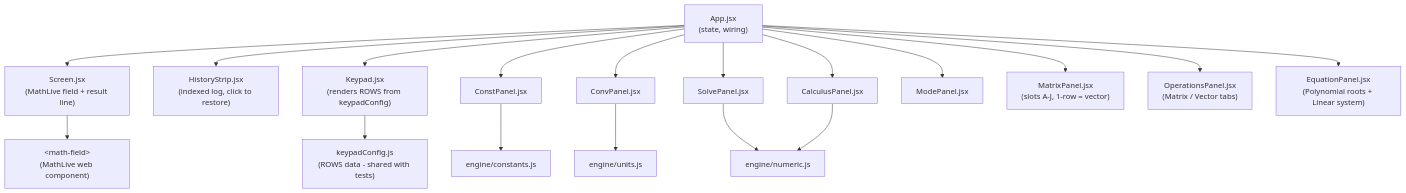
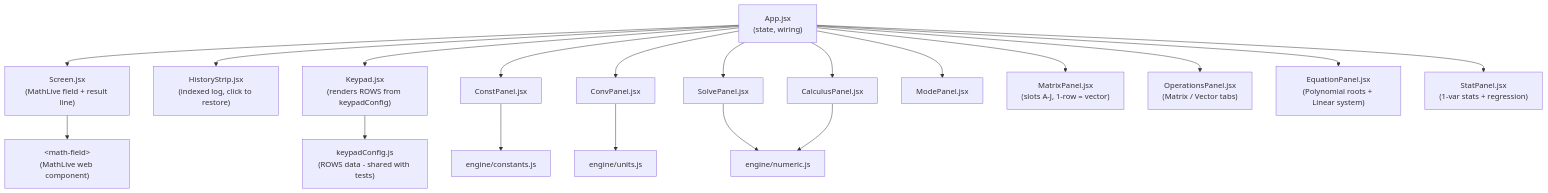
The first of 3 diagrams in docs/architecture.md (sreenikh/scientific-calculator), drawn with Mermaid before and after one commit. The commit also changed other lines of this file and 9 other files, not shown here.

First line of the commit message:
Add Statistics mode: 1-variable stats and regression

````diff
--- a/docs/architecture.md
+++ b/docs/architecture.md
@@ -16,25 +16,26 @@
 ```mermaid
 graph TD
     App["App.jsx\n(state, wiring)"]
 
     App --> Screen["Screen.jsx\n(MathLive field + result line)"]
     App --> HS["HistoryStrip.jsx\n(indexed log, click to restore)"]
     App --> Keypad["Keypad.jsx\n(renders ROWS from keypadConfig)"]
     App --> CP["ConstPanel.jsx"]
     App --> CV["ConvPanel.jsx"]
     App --> SP["SolvePanel.jsx"]
     App --> CA["CalculusPanel.jsx"]
     App --> MP["ModePanel.jsx"]
     App --> MAT["MatrixPanel.jsx\n(slots A-J, 1-row = vector)"]
     App --> OP["OperationsPanel.jsx\n(Matrix / Vector tabs)"]
     App --> EQ["EquationPanel.jsx\n(Polynomial roots + Linear system)"]
+    App --> ST["StatPanel.jsx\n(1-var stats + regression)"]
 
     Screen --> MF["&lt;math-field&gt;\n(MathLive web component)"]
 
     Keypad --> KC["keypadConfig.js\n(ROWS data - shared with tests)"]
 
     CP --> C["engine/constants.js"]
     CV --> U["engine/units.js"]
     SP --> N["engine/numeric.js"]
     CA --> N
 ```
````
